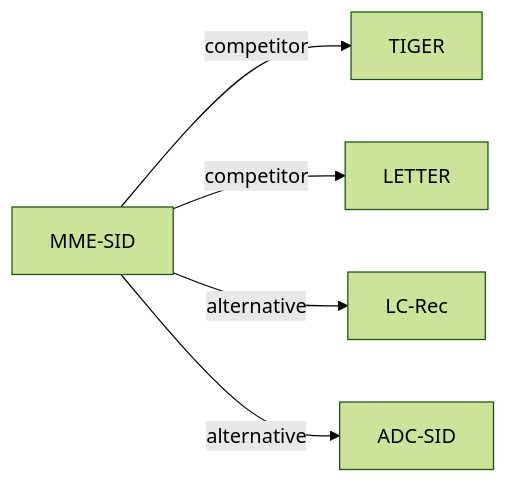
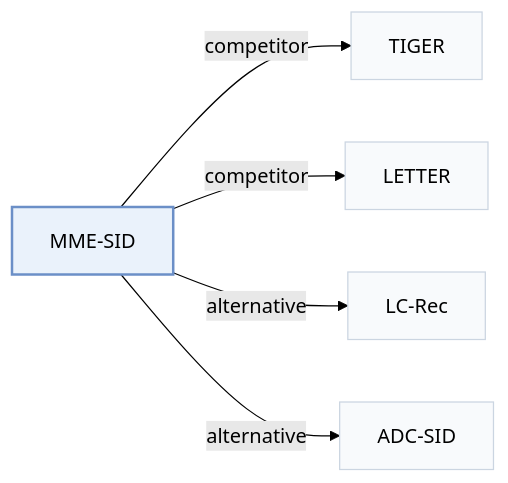
Before and after one commit to Galaxy-ghost/Awesome-SID-Generative-Rec: the second of 2 diagrams in pages/papers/mme-sid.md, drawn with Mermaid (forest theme). The commit also changed other lines of this file and 649 other files, not shown here.

Commit message:
writer-05: also tags and modality index (schema, check, build, visuals); summary field removed; calibration data for 12 papers

````diff
--- a/pages/papers/mme-sid.md
+++ b/pages/papers/mme-sid.md
@@ -67,8 +76,12 @@
 ```mermaid
 flowchart LR
     P["MME-SID"]
-    P -->|competitor| A["TIGER"]
-    P -->|competitor| B["LETTER"]
-    P -->|alternative| C["LC-Rec"]
-    P -->|alternative| D["ADC-SID"]
+    P -->|"competitor"| A["TIGER"]
+    P -->|"competitor"| B["LETTER"]
+    P -->|"alternative"| C["LC-Rec"]
+    P -->|"alternative"| D["ADC-SID"]
+    classDef main fill:#eaf2fb,stroke:#6b8fc7,stroke-width:2px
+    classDef peer fill:#f8fafc,stroke:#cbd5e1
+    class P main
+    class A,B,C,D peer
 ```
````
